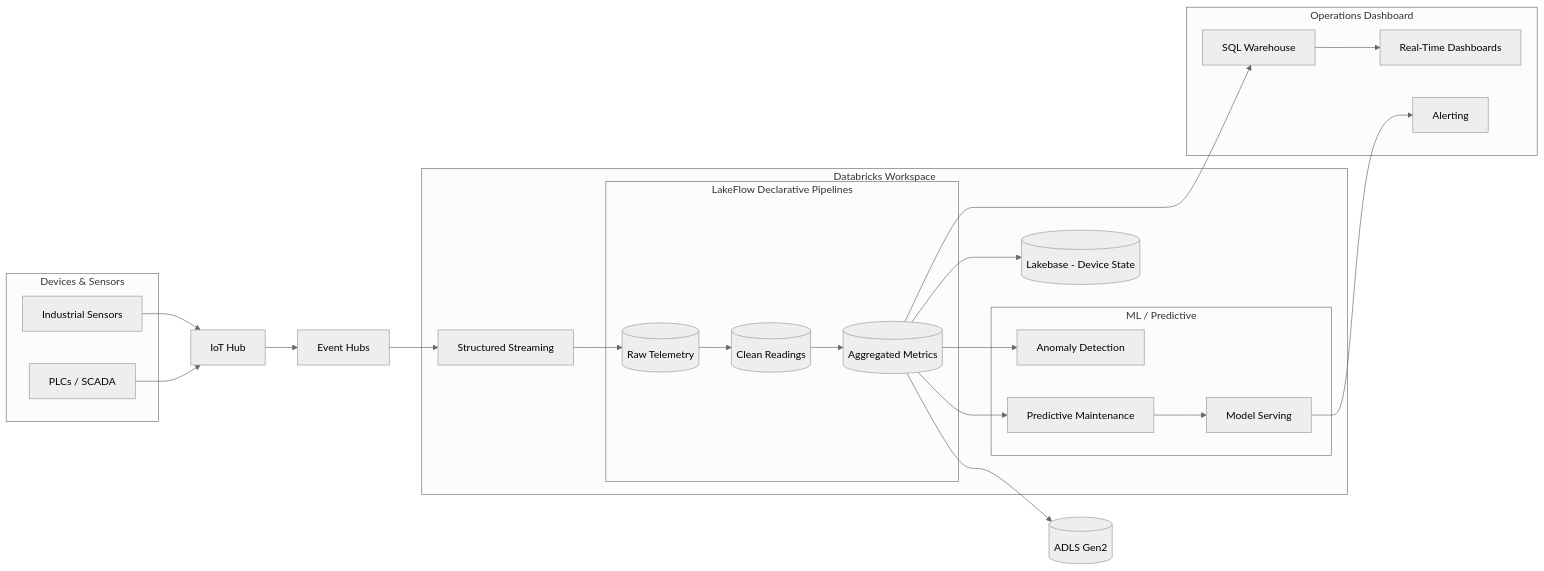
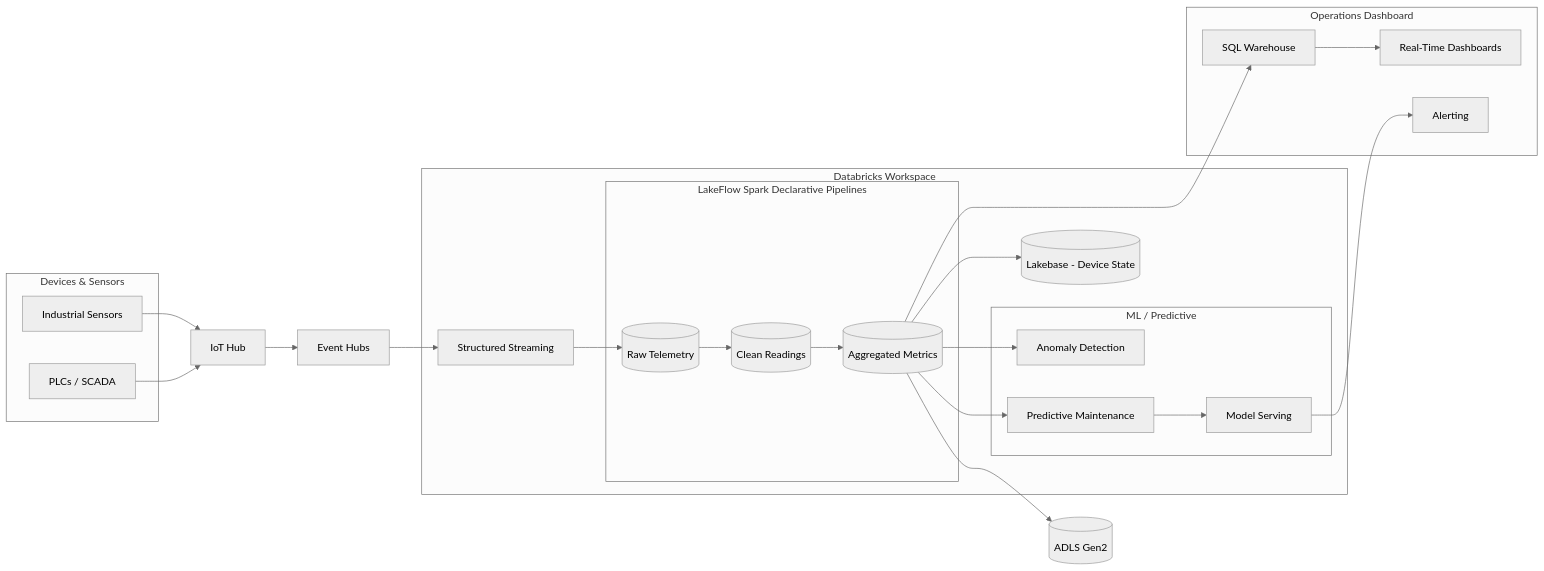
One commit to HaoZhang615/ads-copilot changed the seventh of 9 diagrams in databricks-ads-session/references/databricks-patterns.md. Above: the diagram before and after it, drawn with Mermaid (neutral theme). The commit also changed other lines of this file and 15 other files, not shown here.

````diff
--- a/databricks-ads-session/references/databricks-patterns.md
+++ b/databricks-ads-session/references/databricks-patterns.md
@@ -414,42 +419,42 @@
 ```mermaid
 flowchart LR
   subgraph DEV["Devices & Sensors"]
     SENSORS[Industrial Sensors]
     PLC[PLCs / SCADA]
   end
 
   IOTHUB[IoT Hub]
   EH[Event Hubs]
 
   subgraph DBX["Databricks Workspace"]
     SS[Structured Streaming]
-    subgraph LDP["LakeFlow Declarative Pipelines"]
+    subgraph LDP["LakeFlow Spark Declarative Pipelines"]
       RAW[(Raw Telemetry)]
       CLEAN[(Clean Readings)]
       AGG[(Aggregated Metrics)]
     end
     subgraph ML["ML / Predictive"]
       ANOMALY[Anomaly Detection]
       PREDICT[Predictive Maintenance]
       SERVING[Model Serving]
     end
     LAKEBASE[(Lakebase - Device State)]
   end
 
   ADLS[(ADLS Gen2)]
 
   subgraph OPS["Operations Dashboard"]
     SQLWH[SQL Warehouse]
     DASH[Real-Time Dashboards]
     ALERTS[Alerting]
   end
 
   SENSORS & PLC --> IOTHUB --> EH --> SS --> RAW
   RAW --> CLEAN --> AGG
   AGG --> ANOMALY
   AGG --> PREDICT --> SERVING
   AGG --> ADLS
   AGG --> LAKEBASE
   AGG --> SQLWH --> DASH
   SERVING --> ALERTS
 ```
````
